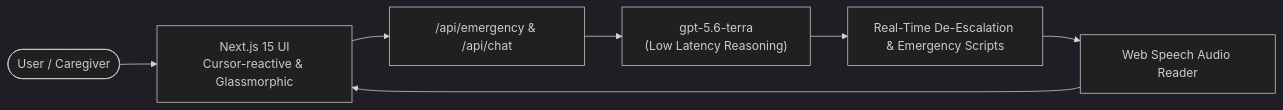
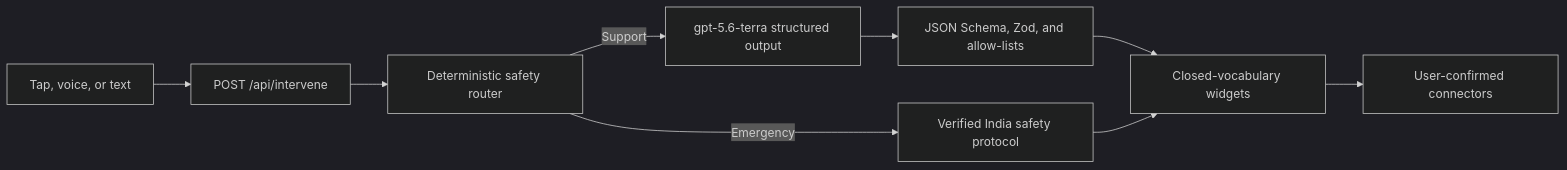
One commit to tsathya98/promptwars-chennai-2026 changed the diagram in README.md. Above: the diagram before and after it, drawn with Mermaid (dark theme). The commit also changed other lines of this file and 21 other files, not shown here.

````diff
--- a/README.md
+++ b/README.md
@@ -37,9 +39,11 @@
 ```mermaid
 flowchart LR
-    U([User / Caregiver]) --> UI[Next.js 15 UI<br/>Cursor-reactive & Glassmorphic]
-    UI --> API["/api/emergency & /api/chat"]
-    API --> LLM["gpt-5.6-terra<br/>(Low Latency Reasoning)"]
-    LLM --> SCRIPT[Real-Time De-Escalation & Emergency Scripts]
-    SCRIPT --> TTS[Web Speech Audio Reader]
-    TTS --> UI
+    input["Tap, voice, or text"] --> api["POST /api/intervene"]
+    api --> router["Deterministic safety router"]
+    router -->|Emergency| verified["Verified India safety protocol"]
+    router -->|Support| model["gpt-5.6-terra structured output"]
+    model --> validation["JSON Schema, Zod, and allow-lists"]
+    validation --> widgets["Closed-vocabulary widgets"]
+    verified --> widgets
+    widgets --> actions["User-confirmed connectors"]
 ```
````
